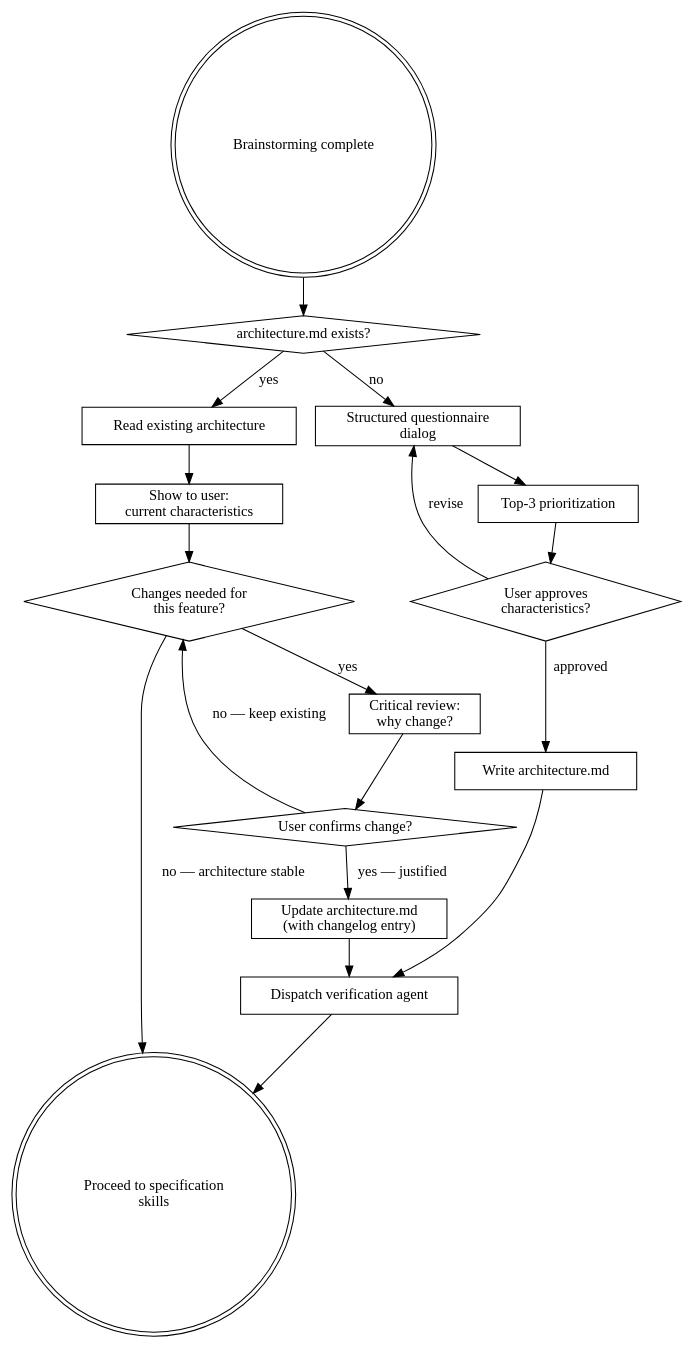
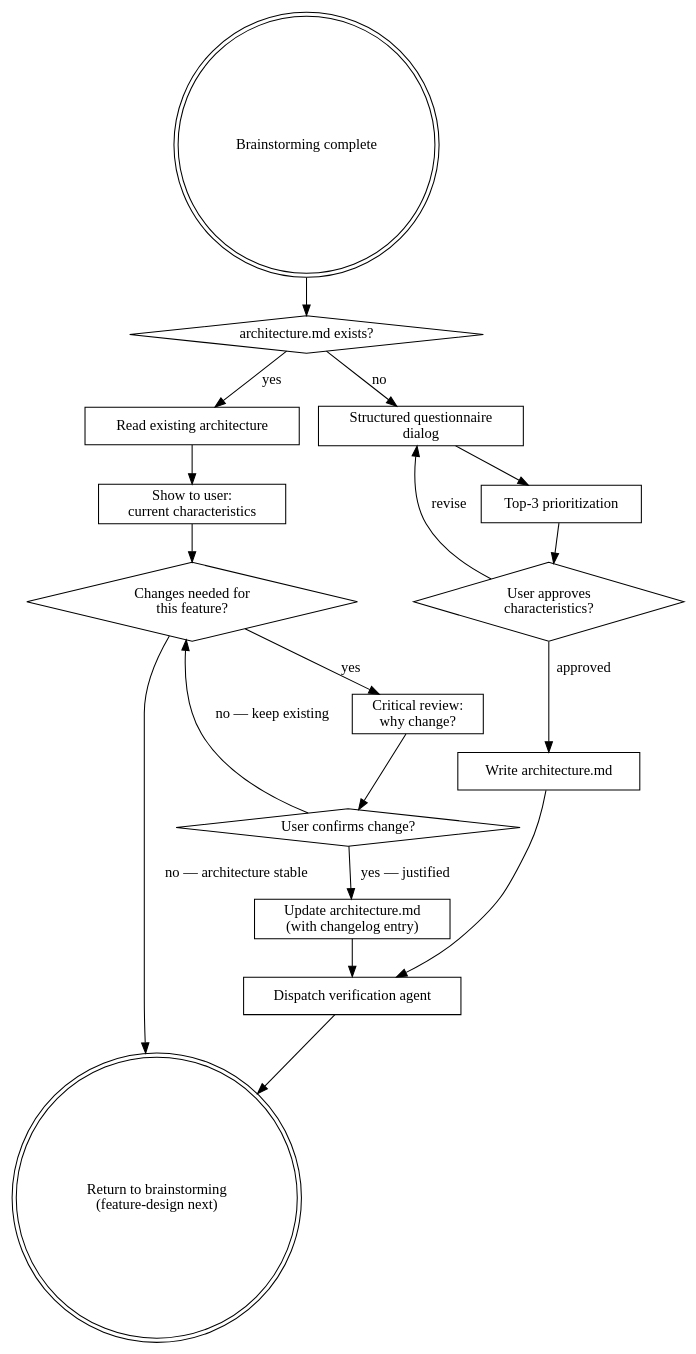
The diagram in skills/architecture-assessment/SKILL.md (florian23/superflowers), drawn with Graphviz before and after one commit. The commit also changed 5 other files, not shown here.

````diff
--- a/skills/architecture-assessment/SKILL.md
+++ b/skills/architecture-assessment/SKILL.md
@@ -31,36 +31,36 @@
 ```dot
 digraph architecture_assessment {
     "Brainstorming complete" [shape=doublecircle];
     "architecture.md exists?" [shape=diamond];
     "Read existing architecture" [shape=box];
     "Show to user:\ncurrent characteristics" [shape=box];
     "Changes needed for\nthis feature?" [shape=diamond];
     "Critical review:\nwhy change?" [shape=box];
     "User confirms change?" [shape=diamond];
     "Update architecture.md\n(with changelog entry)" [shape=box];
     "Structured questionnaire\ndialog" [shape=box];
     "Top-3 prioritization" [shape=box];
     "User approves\ncharacteristics?" [shape=diamond];
     "Write architecture.md" [shape=box];
     "Dispatch verification agent" [shape=box];
-    "Proceed to specification\nskills" [shape=doublecircle];
+    "Return to brainstorming\n(feature-design next)" [shape=doublecircle];
 
     "Brainstorming complete" -> "architecture.md exists?";
     "architecture.md exists?" -> "Read existing architecture" [label="yes"];
     "architecture.md exists?" -> "Structured questionnaire\ndialog" [label="no"];
     "Read existing architecture" -> "Show to user:\ncurrent characteristics";
     "Show to user:\ncurrent characteristics" -> "Changes needed for\nthis feature?";
-    "Changes needed for\nthis feature?" -> "Proceed to specification\nskills" [label="no — architecture stable"];
+    "Changes needed for\nthis feature?" -> "Return to brainstorming\n(feature-design next)" [label="no — architecture stable"];
     "Changes needed for\nthis feature?" -> "Critical review:\nwhy change?" [label="yes"];
     "Critical review:\nwhy change?" -> "User confirms change?";
     "User confirms change?" -> "Changes needed for\nthis feature?" [label="no — keep existing"];
     "User confirms change?" -> "Update architecture.md\n(with changelog entry)" [label="yes — justified"];
     "Update architecture.md\n(with changelog entry)" -> "Dispatch verification agent";
     "Structured questionnaire\ndialog" -> "Top-3 prioritization";
     "Top-3 prioritization" -> "User approves\ncharacteristics?";
     "User approves\ncharacteristics?" -> "Structured questionnaire\ndialog" [label="revise"];
     "User approves\ncharacteristics?" -> "Write architecture.md" [label="approved"];
     "Write architecture.md" -> "Dispatch verification agent";
-    "Dispatch verification agent" -> "Proceed to specification\nskills";
+    "Dispatch verification agent" -> "Return to brainstorming\n(feature-design next)";
 }
 ```
````
